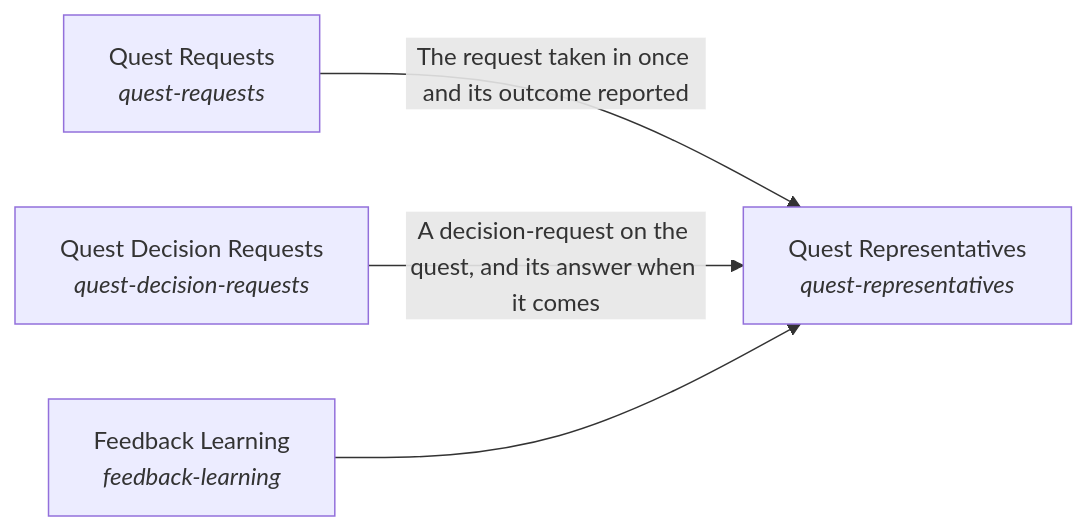
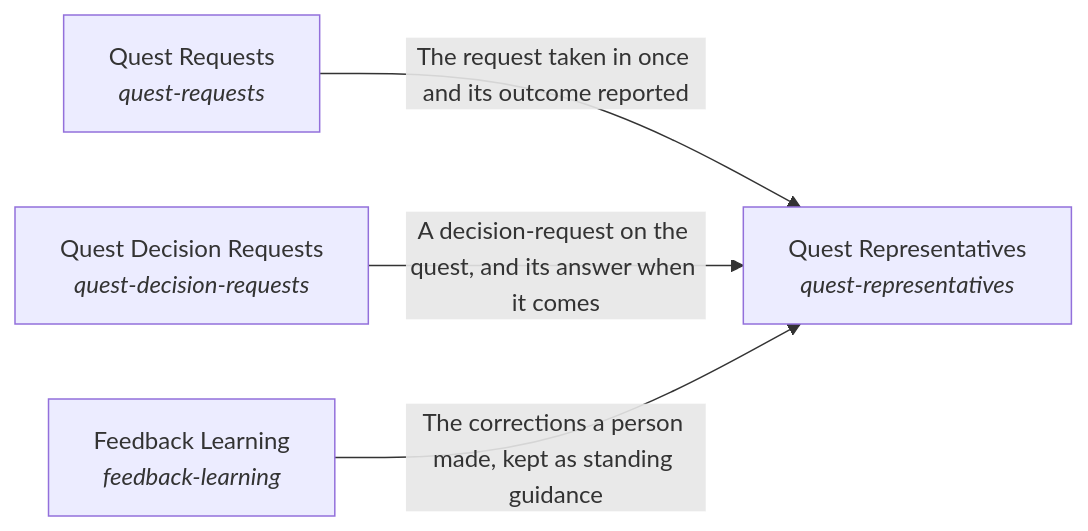
One commit to SpiritualData/quest-ai-runner changed the diagram in quest_ai_runner/the_consciousness/README.md. Above: the diagram before and after it, drawn with Mermaid. The commit also changed other lines of this file and 52 other files, not shown here.

````diff
--- a/quest_ai_runner/the_consciousness/README.md
+++ b/quest_ai_runner/the_consciousness/README.md
@@ -17,10 +17,10 @@
 ```mermaid
 flowchart LR
     s0["Quest Requests<br/><i>quest-requests</i>"]
     s1["Quest Representatives<br/><i>quest-representatives</i>"]
     s2["Quest Decision Requests<br/><i>quest-decision-requests</i>"]
     s3["Feedback Learning<br/><i>feedback-learning</i>"]
     s0 -->|"The request taken in once and its outcome reported"| s1
     s2 -->|"A decision-request on the quest, and its answer when it comes"| s1
-    s3 --> s1
+    s3 -->|"The corrections a person made, kept as standing guidance"| s1
 ```
````
